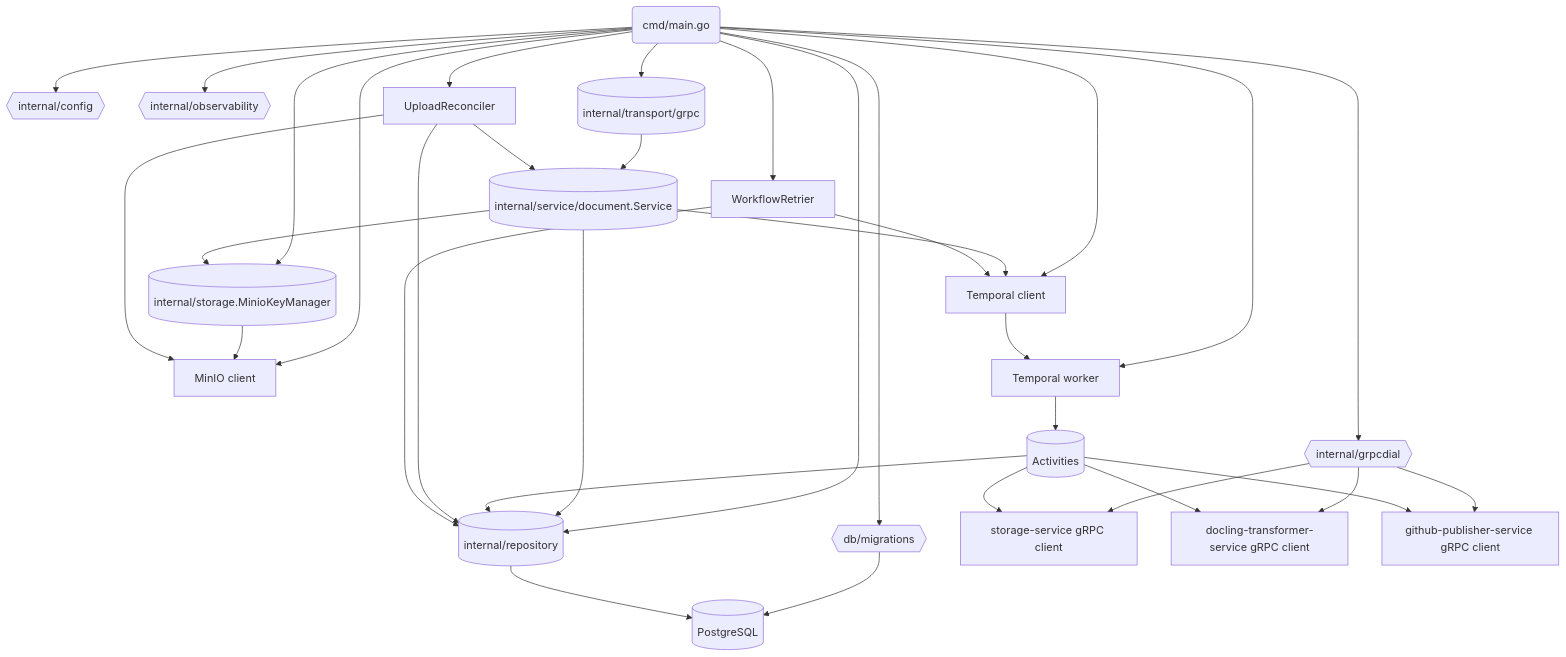
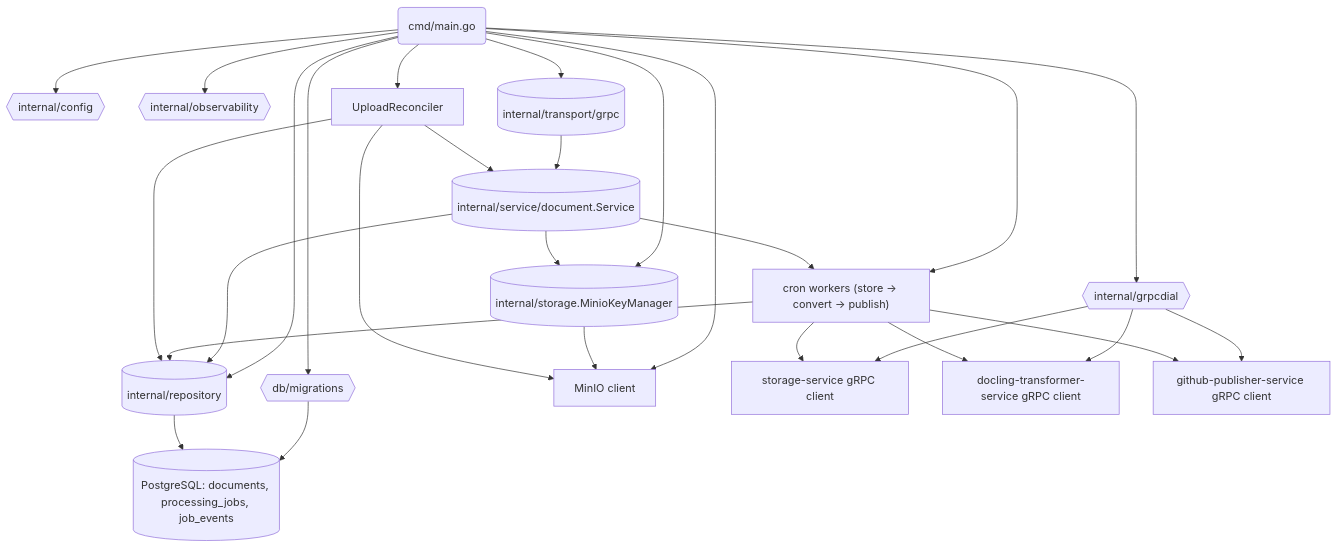
The diagram in backend/document-service/code.md (FedorovTeam/mono-repo), drawn with Mermaid before and after one commit. The commit also changed other lines of this file and 3 other files, not shown here.

Commit message:
Add processing job migrations and docs

````diff
--- a/backend/document-service/code.md
+++ b/backend/document-service/code.md
@@ -3,42 +3,35 @@
 ```mermaid
 flowchart TD
     main("cmd/main.go") --> configLoader{{"internal/config"}}
     main --> observability{{"internal/observability"}}
     main --> migrations{{"db/migrations"}}
     main --> repo
     main --> minioClient["MinIO client"]
     main --> grpcDial{{"internal/grpcdial"}}
     main --> keyManager
-    main --> temporalClient["Temporal client"]
-    main --> worker["Temporal worker"]
+    main --> jobWorkers["cron workers (store → convert → publish)"]
     main --> uploadReconciler["UploadReconciler"]
-    main --> workflowRetrier["WorkflowRetrier"]
     main --> grpcServer
 
-    migrations --> db[(PostgreSQL)]
+    migrations --> db[(PostgreSQL: documents, processing_jobs, job_events)]
     repo[(internal/repository)] --> db
     keyManager[(internal/storage.MinioKeyManager)] --> minioClient
 
     grpcDial --> storageClient["storage-service gRPC client"]
     grpcDial --> transformerClient["docling-transformer-service gRPC client"]
     grpcDial --> publisherClient["github-publisher-service gRPC client"]
 
     grpcServer[(internal/transport/grpc)] --> service
     service[(internal/service/document.Service)] --> repo
     service --> keyManager
-    service --> temporalClient
+    service --> jobWorkers
 
-    worker --> activities[(Activities)]
-    temporalClient --> worker
-    activities --> repo
-    activities --> storageClient
-    activities --> transformerClient
-    activities --> publisherClient
+    jobWorkers --> repo
+    jobWorkers --> storageClient
+    jobWorkers --> transformerClient
+    jobWorkers --> publisherClient
 
     uploadReconciler --> repo
     uploadReconciler --> minioClient
     uploadReconciler --> service
-
-    workflowRetrier --> repo
-    workflowRetrier --> temporalClient
 ```
````
